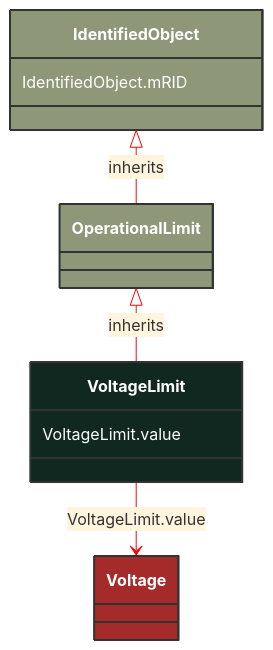
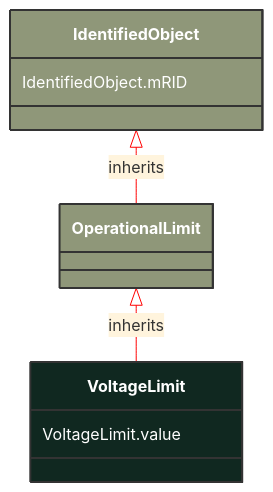
The diagram in docs/Models/Profiles/SteadyStateHypothesis/ConcreteClasses/VoltageLimit.md (3lbits/NoCIMExtensions), drawn with Mermaid before and after one commit. The commit also changed 397 other files, not shown here.

First line of the commit message:
Refactor CIM schemas to introduce abstract classes and consolidate data types

````diff
--- a/docs/Models/Profiles/SteadyStateHypothesis/ConcreteClasses/VoltageLimit.md
+++ b/docs/Models/Profiles/SteadyStateHypothesis/ConcreteClasses/VoltageLimit.md
@@ -9,25 +9,20 @@
 ```mermaid
 %%{init: {'theme':'base','themeVariables': {'lineColor': '#FF0000'}}}%%
 classDiagram
     class VoltageLimit
     click VoltageLimit href "/Models/Profiles/SteadyStateHypothesis/ConcreteClasses/VoltageLimit/"
     style VoltageLimit fill:#102820,stroke:#333,stroke-width:2px,rx:10,ry:10,color:white
      
         OperationalLimit <|-- VoltageLimit : inherits
             click OperationalLimit href "/Models/Profiles/SteadyStateHypothesis/ConcreteClasses/OperationalLimit/"
             style OperationalLimit fill:#8F9779,stroke:#333,stroke-width:2px,rx:10,ry:10,color:white
      
         IdentifiedObject <|-- OperationalLimit : inherits
             click IdentifiedObject href "/Models/Profiles/SteadyStateHypothesis/ConcreteClasses/IdentifiedObject/"
             style IdentifiedObject fill:#8F9779,stroke:#333,stroke-width:2px,rx:10,ry:10,color:white
 
-        VoltageLimit --> Voltage : VoltageLimit.value
-
-        Voltage
-            click Voltage href "/Models/Profiles/SteadyStateHypothesis/ConcreteClasses/Voltage/"
-            style Voltage fill:#A52A2A,stroke:#333,stroke-width:2px,rx:10,ry:10,color:white
 
 
         VoltageLimit : VoltageLimit.value
         IdentifiedObject : IdentifiedObject.mRID
 ```
````
